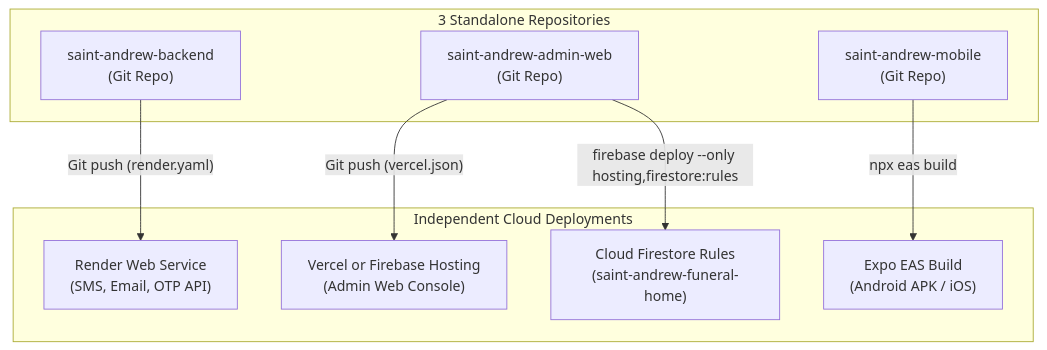
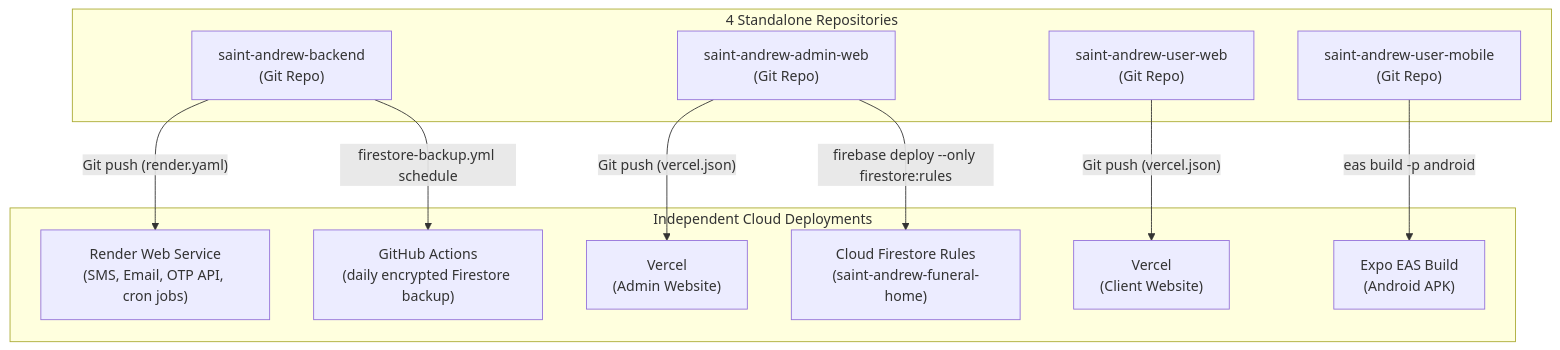
The diagram in docs/DEPLOYMENT_GUIDE.md (jomadlcrz/saint-andrew-backend), drawn with Mermaid before and after one commit. The commit also changed other lines of this file and 2 other files, not shown here.

Commit message:
feat(docs): update architecture and deployment guide for new client web and mobile applications

````diff
--- a/docs/DEPLOYMENT_GUIDE.md
+++ b/docs/DEPLOYMENT_GUIDE.md
@@ -5,20 +5,25 @@
 ```mermaid
 flowchart TD
-    subgraph Repos["3 Standalone Repositories"]
-        R1["saint-andrew-backend\n(Git Repo)"]
-        R2["saint-andrew-admin-web\n(Git Repo)"]
-        R3["saint-andrew-mobile\n(Git Repo)"]
+    subgraph Repos["4 Standalone Repositories"]
+        R1["saint-andrew-backend<br/>(Git Repo)"]
+        R2["saint-andrew-admin-web<br/>(Git Repo)"]
+        R3["saint-andrew-user-web<br/>(Git Repo)"]
+        R4["saint-andrew-user-mobile<br/>(Git Repo)"]
     end
 
     subgraph CloudHosts["Independent Cloud Deployments"]
-        Render["Render Web Service\n(SMS, Email, OTP API)"]
-        Vercel["Vercel or Firebase Hosting\n(Admin Web Console)"]
-        EAS["Expo EAS Build\n(Android APK / iOS)"]
-        Firestore["Cloud Firestore Rules\n(saint-andrew-funeral-home)"]
+        Render["Render Web Service<br/>(SMS, Email, OTP API, cron jobs)"]
+        Actions["GitHub Actions<br/>(daily encrypted Firestore backup)"]
+        VercelAdmin["Vercel<br/>(Admin Website)"]
+        VercelUser["Vercel<br/>(Client Website)"]
+        Firestore["Cloud Firestore Rules<br/>(saint-andrew-funeral-home)"]
+        EAS["Expo EAS Build<br/>(Android APK)"]
     end
 
     R1 -->|"Git push (render.yaml)"| Render
-    R2 -->|"Git push (vercel.json)"| Vercel
-    R2 -->|"firebase deploy --only hosting,firestore:rules"| Firestore
-    R3 -->|"npx eas build"| EAS
+    R1 -->|"firestore-backup.yml schedule"| Actions
+    R2 -->|"Git push (vercel.json)"| VercelAdmin
+    R2 -->|"firebase deploy --only firestore:rules"| Firestore
+    R3 -->|"Git push (vercel.json)"| VercelUser
+    R4 -->|"eas build -p android"| EAS
 ```
````
